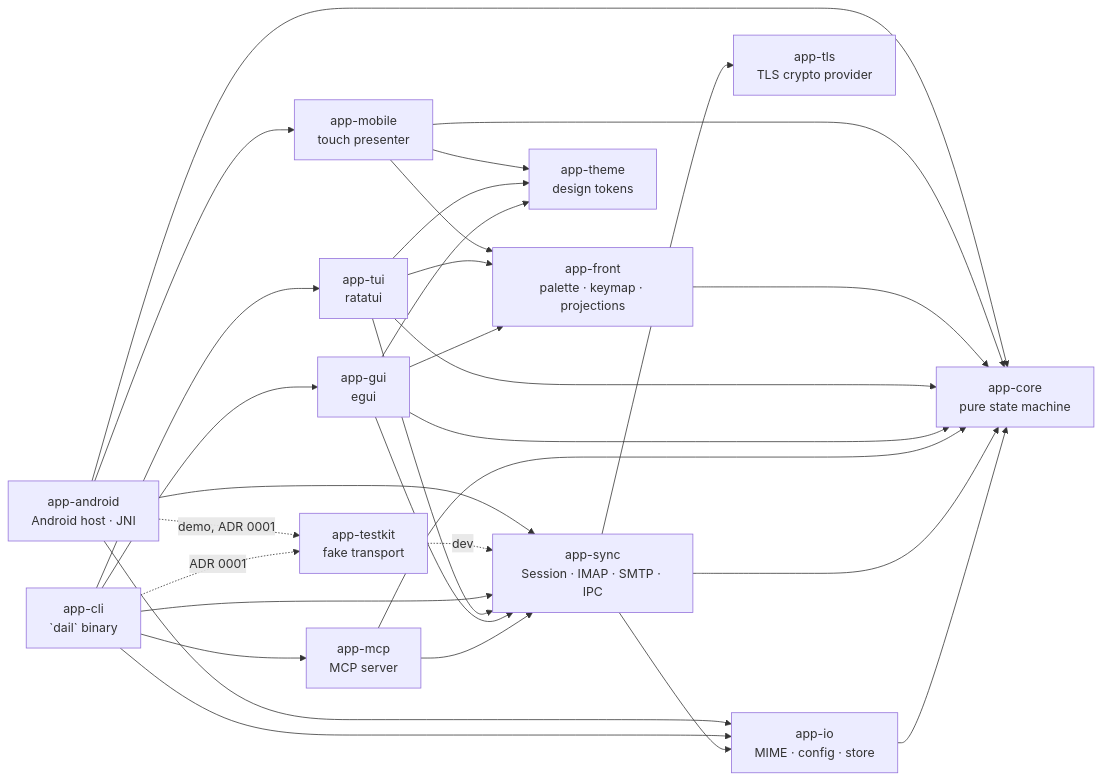
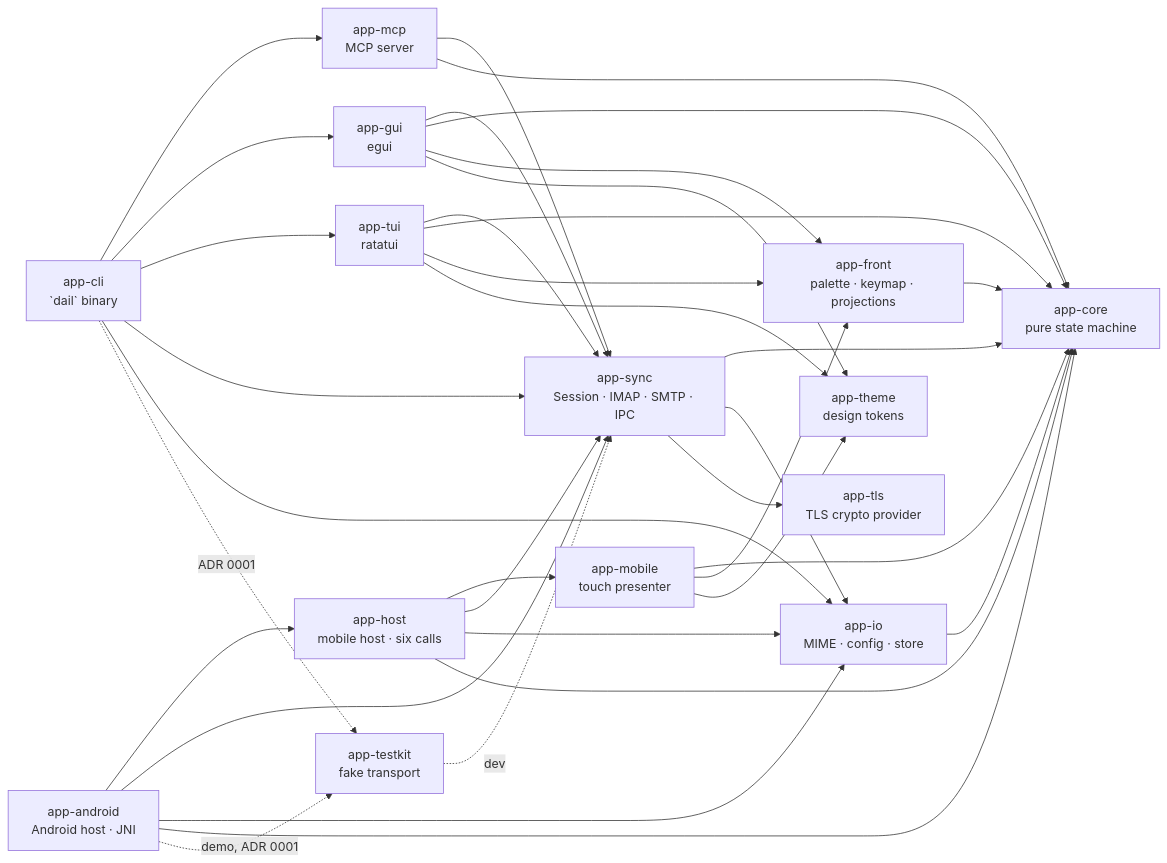
One commit to dariy/dail changed the first of 2 diagrams in ARCHITECTURE.md. Above: the diagram before and after it, drawn with Mermaid. The commit also changed other lines of this file and 22 other files, not shown here.

First line of the commit message:
app-host: move the platform-neutral host out of app-android

````diff
--- a/ARCHITECTURE.md
+++ b/ARCHITECTURE.md
@@ -32,47 +32,52 @@
 ```mermaid
 graph LR
   core[app-core<br/>pure state machine]
   io[app-io<br/>MIME · config · store]
   sync[app-sync<br/>Session · IMAP · SMTP · IPC]
   mcp[app-mcp<br/>MCP server]
   gui[app-gui<br/>egui]
   front[app-front<br/>palette · keymap · projections]
   tui[app-tui<br/>ratatui]
   cli[app-cli<br/>`dail` binary]
   tk[app-testkit<br/>fake transport]
   tls[app-tls<br/>TLS crypto provider]
   theme[app-theme<br/>design tokens]
   mobile[app-mobile<br/>touch presenter]
+  host[app-host<br/>mobile host · six calls]
   android[app-android<br/>Android host · JNI]
 
   io --> core
   sync --> core
   sync --> io
   sync --> tls
   mcp --> sync
   mcp --> core
   gui --> sync
   gui --> core
   gui --> front
   gui --> theme
   tui --> sync
   tui --> core
   tui --> front
   tui --> theme
   front --> core
   cli --> mcp
   cli --> gui
   cli --> tui
   cli --> sync
   cli --> io
   cli -.ADR 0001.-> tk
   tk -.dev.-> sync
   mobile --> core
   mobile --> front
   mobile --> theme
-  android --> mobile
+  host --> mobile
+  host --> sync
+  host --> io
+  host --> core
+  android --> host
   android --> sync
   android --> io
   android --> core
   android -.demo, ADR 0001.-> tk
 ```
````
